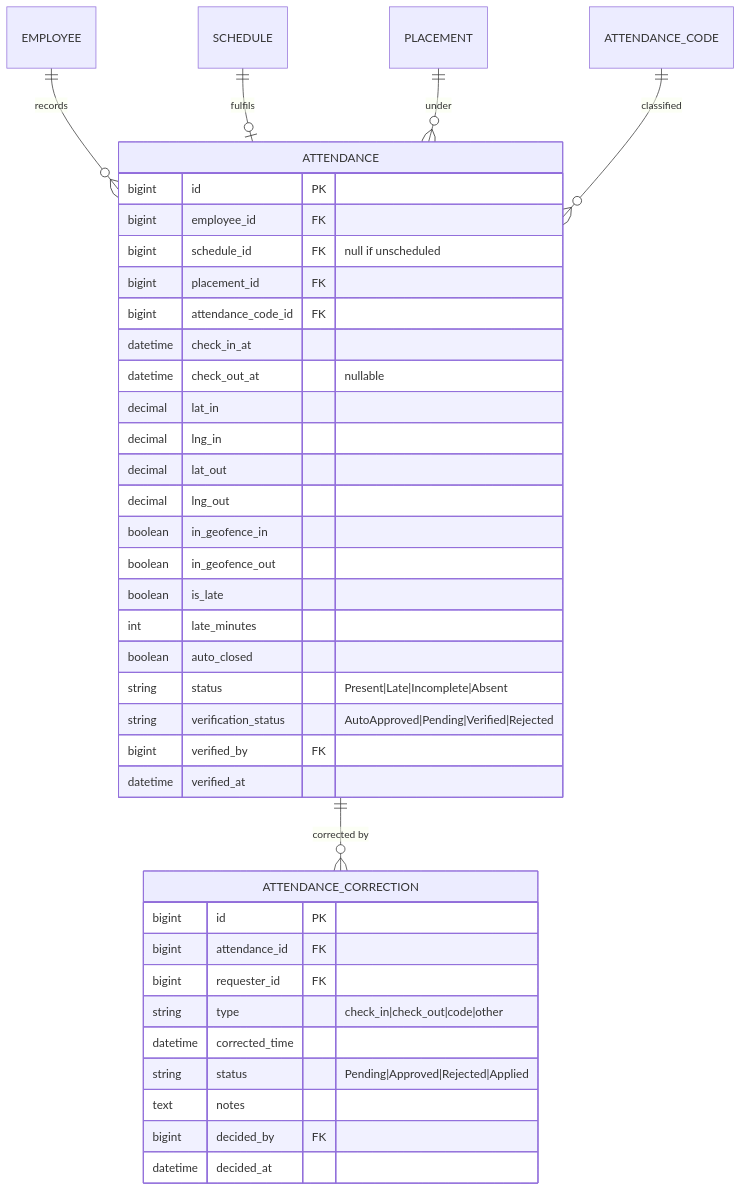
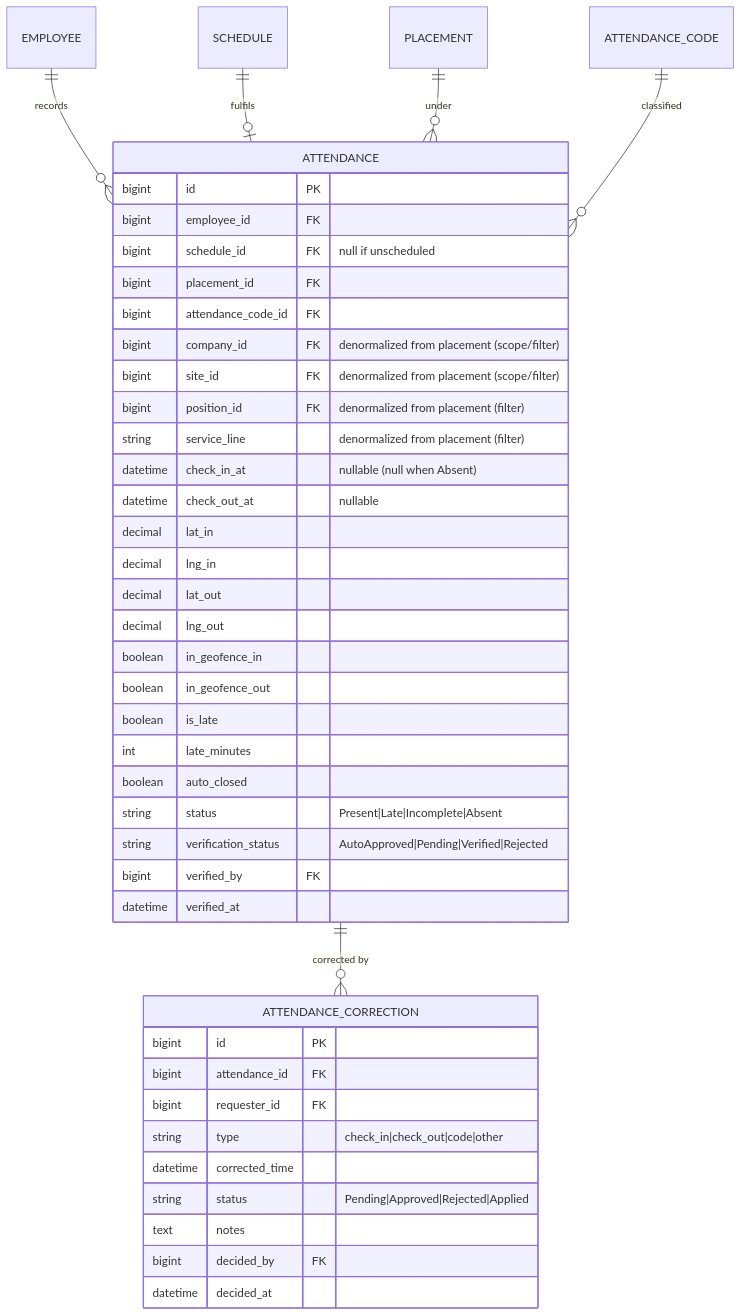
One commit to hariszaki17/hris-outsource changed the first of 6 diagrams in docs/epics/E5-attendance/FEATURE.md. Above: the diagram before and after it, drawn with Mermaid. The commit also changed other lines of this file and 37 other files, not shown here.

````diff
--- a/docs/epics/E5-attendance/FEATURE.md
+++ b/docs/epics/E5-attendance/FEATURE.md
@@ -28,42 +28,46 @@
 ```mermaid
 erDiagram
     EMPLOYEE ||--o{ ATTENDANCE : "records"
     SCHEDULE ||--o| ATTENDANCE : "fulfils"
     PLACEMENT ||--o{ ATTENDANCE : "under"
     ATTENDANCE_CODE ||--o{ ATTENDANCE : "classified"
     ATTENDANCE ||--o{ ATTENDANCE_CORRECTION : "corrected by"
 
     ATTENDANCE {
         bigint id PK
         bigint employee_id FK
         bigint schedule_id FK "null if unscheduled"
         bigint placement_id FK
         bigint attendance_code_id FK
-        datetime check_in_at
+        bigint company_id FK "denormalized from placement (scope/filter)"
+        bigint site_id FK "denormalized from placement (scope/filter)"
+        bigint position_id FK "denormalized from placement (filter)"
+        string service_line "denormalized from placement (filter)"
+        datetime check_in_at "nullable (null when Absent)"
         datetime check_out_at "nullable"
         decimal lat_in
         decimal lng_in
         decimal lat_out
         decimal lng_out
         boolean in_geofence_in
         boolean in_geofence_out
         boolean is_late
         int late_minutes
         boolean auto_closed
         string status "Present|Late|Incomplete|Absent"
         string verification_status "AutoApproved|Pending|Verified|Rejected"
         bigint verified_by FK
         datetime verified_at
     }
     ATTENDANCE_CORRECTION {
         bigint id PK
         bigint attendance_id FK
         bigint requester_id FK
         string type "check_in|check_out|code|other"
         datetime corrected_time
         string status "Pending|Approved|Rejected|Applied"
         text notes
         bigint decided_by FK
         datetime decided_at
     }
 ```
````
